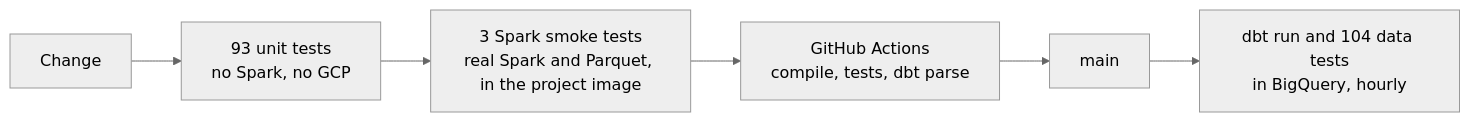
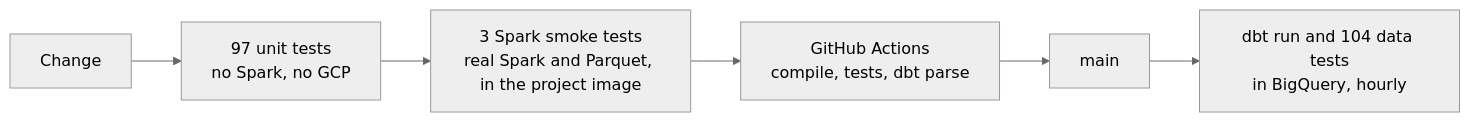
One commit to TomasRipsky/marineflow changed the fifth of 5 diagrams in README.md. Above: the diagram before and after it, drawn with Mermaid (neutral theme). The commit also changed other lines of this file and 6 other files, not shown here.

````diff
--- a/README.md
+++ b/README.md
@@ -431,8 +440,8 @@
 ```mermaid
 flowchart LR
-    change["Change"] --> unit["93 unit tests<br/>no Spark, no GCP"]
+    change["Change"] --> unit["97 unit tests<br/>no Spark, no GCP"]
     unit --> smoke["3 Spark smoke tests<br/>real Spark and Parquet, in the project image"]
     smoke --> ci["GitHub Actions<br/>compile, tests, dbt parse"]
     ci --> main["main"]
     main --> dbt["dbt run and 104 data tests<br/>in BigQuery, hourly"]
 ```
````
